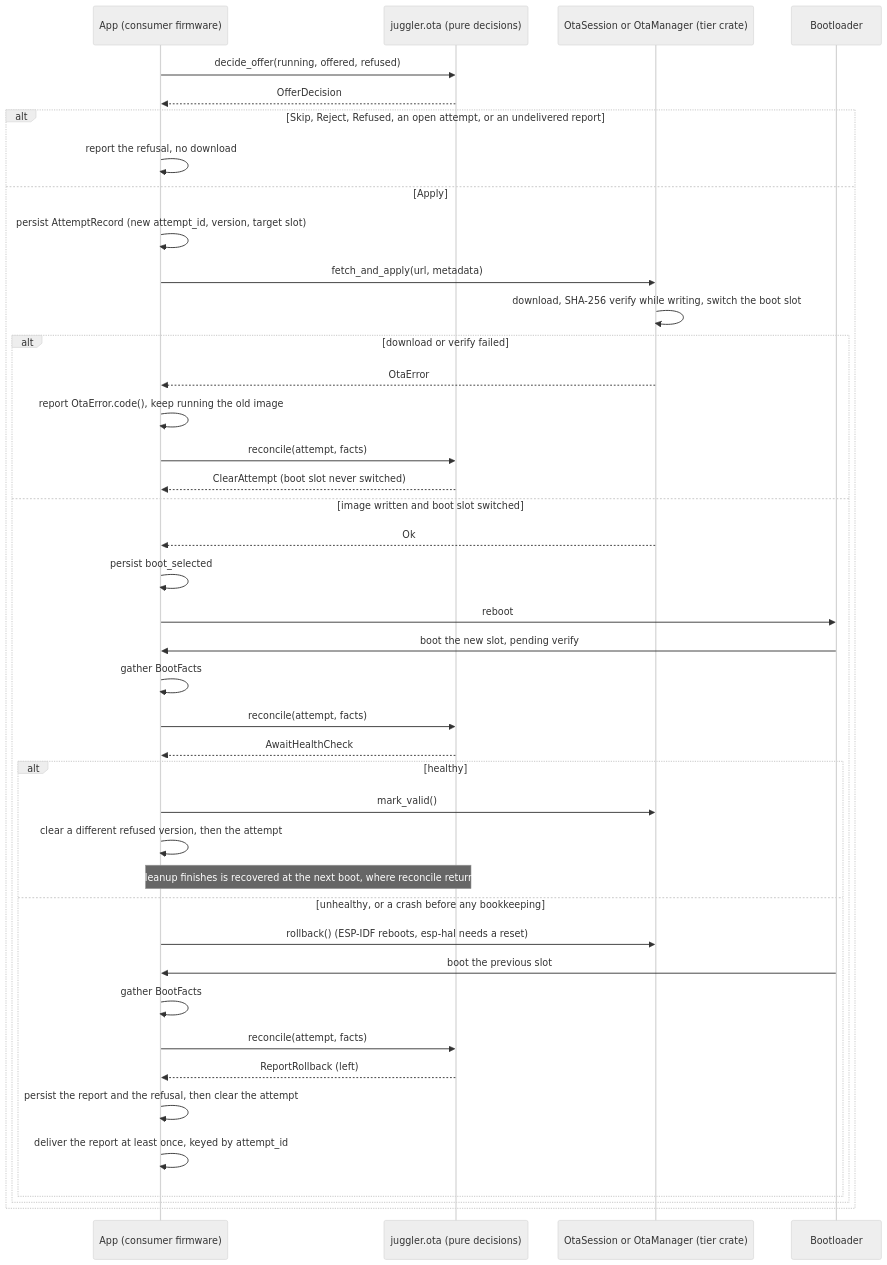
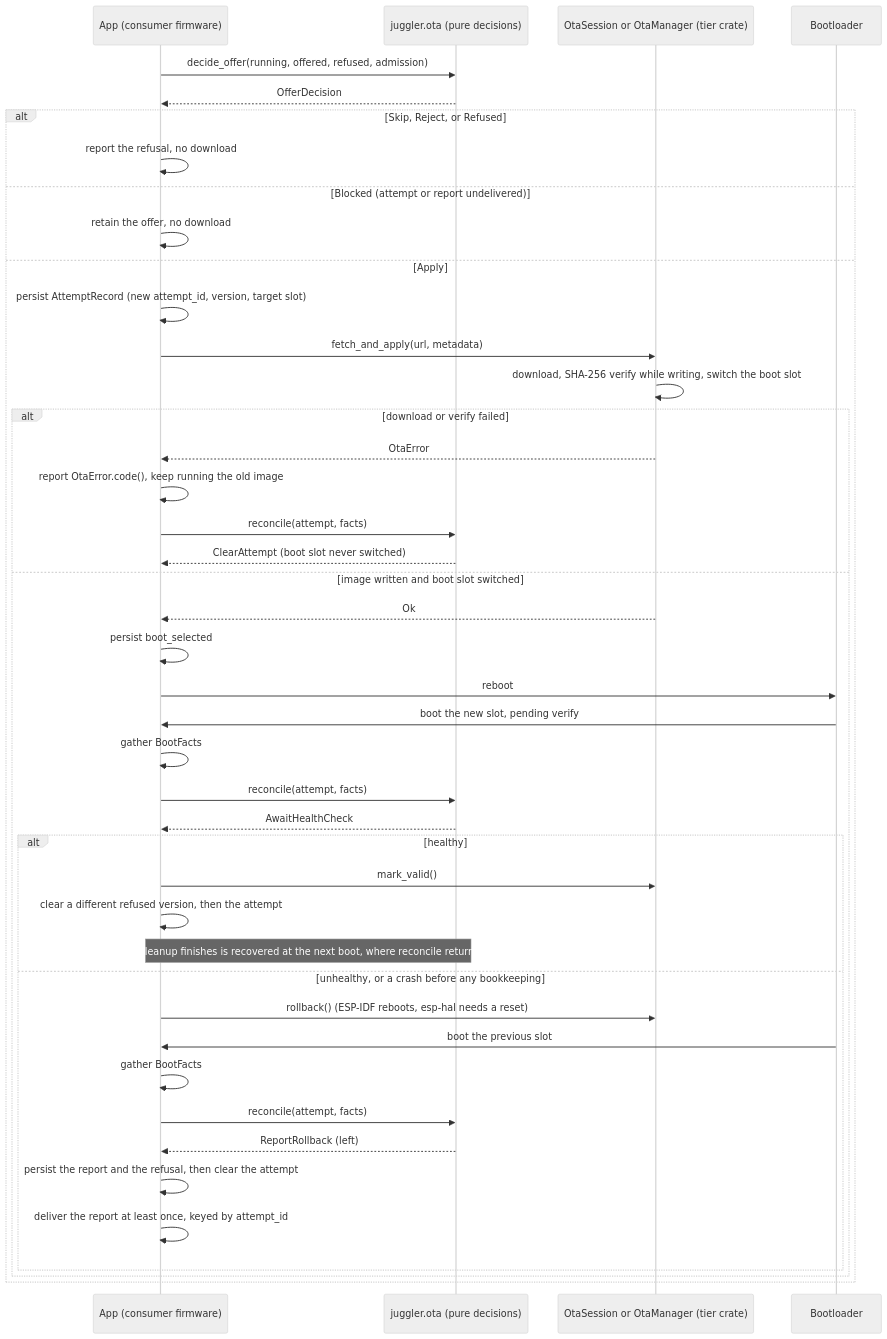
One commit to datenkollektiv/rustyfarian-network changed the first of 3 diagrams in docs/features/ota-decision-core-v1.md. Above: the diagram before and after it, drawn with Mermaid (neutral theme). The commit also changed other lines of this file and 7 other files, not shown here.

Commit message:
Add admission gate to decide_offer and update OfferDecision variants

````diff
--- a/docs/features/ota-decision-core-v1.md
+++ b/docs/features/ota-decision-core-v1.md
@@ -12,44 +12,46 @@
 ```mermaid
 sequenceDiagram
     participant App as App (consumer firmware)
     participant J as juggler.ota (pure decisions)
     participant T as OtaSession or OtaManager (tier crate)
     participant B as Bootloader
 
-    App->>J: decide_offer(running, offered, refused)
+    App->>J: decide_offer(running, offered, refused, admission)
     J-->>App: OfferDecision
-    alt Skip, Reject, Refused, an open attempt, or an undelivered report
+    alt Skip, Reject, or Refused
         App->>App: report the refusal, no download
+    else Blocked (attempt or report undelivered)
+        App->>App: retain the offer, no download
     else Apply
         App->>App: persist AttemptRecord (new attempt_id, version, target slot)
         App->>T: fetch_and_apply(url, metadata)
         T->>T: download, SHA-256 verify while writing, switch the boot slot
         alt download or verify failed
             T-->>App: OtaError
             App->>App: report OtaError.code(), keep running the old image
             App->>J: reconcile(attempt, facts)
             J-->>App: ClearAttempt (boot slot never switched)
         else image written and boot slot switched
             T-->>App: Ok
             App->>App: persist boot_selected
             App->>B: reboot
             B->>App: boot the new slot, pending verify
             App->>App: gather BootFacts
             App->>J: reconcile(attempt, facts)
             J-->>App: AwaitHealthCheck
             alt healthy
                 App->>T: mark_valid()
                 App->>App: clear a different refused version, then the attempt
                 Note over App,J: a reset before this cleanup finishes is recovered at the next boot, where reconcile returns CompleteAttempt
             else unhealthy, or a crash before any bookkeeping
                 App->>T: rollback() (ESP-IDF reboots, esp-hal needs a reset)
                 B->>App: boot the previous slot
                 App->>App: gather BootFacts
                 App->>J: reconcile(attempt, facts)
                 J-->>App: ReportRollback (left)
                 App->>App: persist the report and the refusal, then clear the attempt
                 App->>App: deliver the report at least once, keyed by attempt_id
             end
         end
     end
 ```
````
